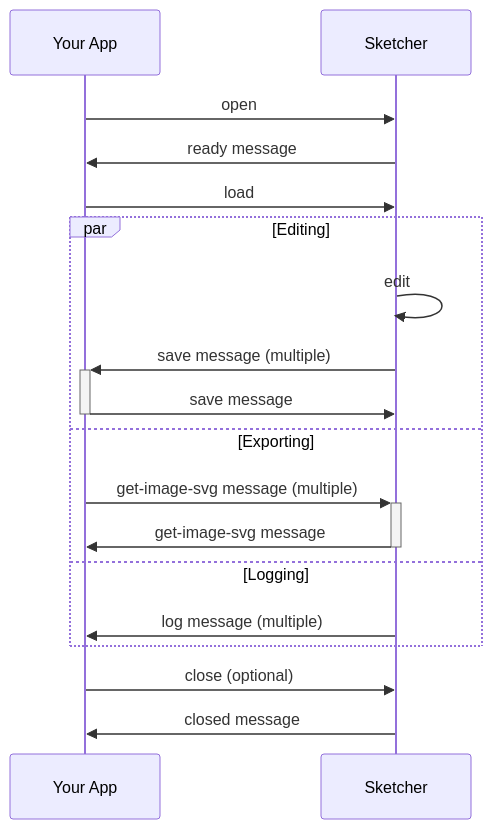
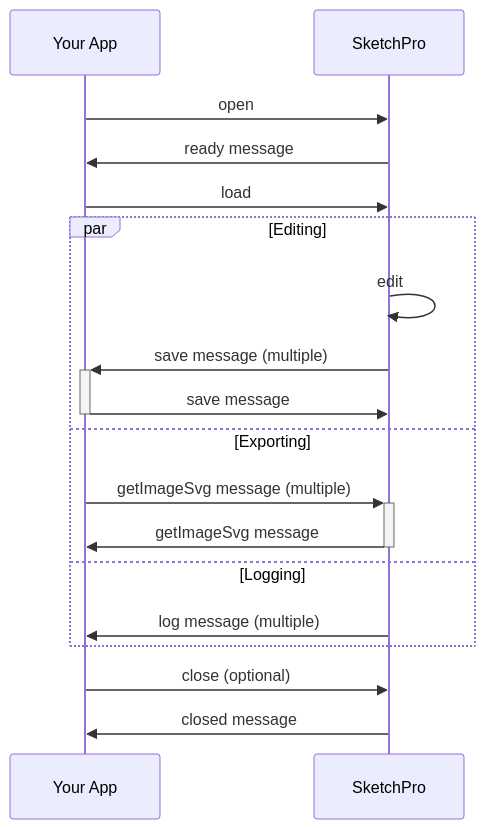
The first of 15 diagrams in docs/integration-guide.md (woolpert-digital-innovations/sketcher-sdk), drawn with Mermaid before and after one commit. The commit also changed other lines of this file and 4 other files, not shown here.

````diff
--- a/docs/integration-guide.md
+++ b/docs/integration-guide.md
@@ -27,20 +27,20 @@
 ```mermaid
 sequenceDiagram
     participant ya as Your App
-    participant sk as Sketcher
+    participant sk as SketchPro
     ya->>sk: open
     sk->>ya: ready message
     ya->>sk: load
     par Editing
         sk->>sk: edit
         sk->>+ya: save message (multiple)
         ya->>-sk: save message
     and Exporting
-        ya->>+sk: get-image-svg message (multiple)
-        sk->>-ya: get-image-svg message
+        ya->>+sk: getImageSvg message (multiple)
+        sk->>-ya: getImageSvg message
     and Logging
         sk ->> ya: log message (multiple)
     end
     ya ->> sk: close (optional)
     sk ->> ya: closed message
 ```
````
